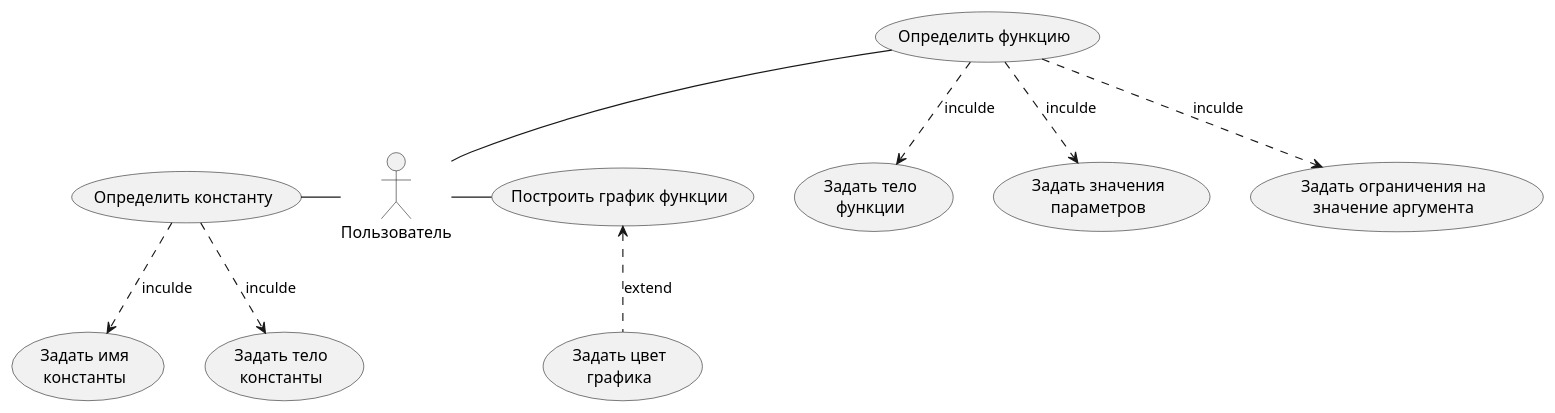
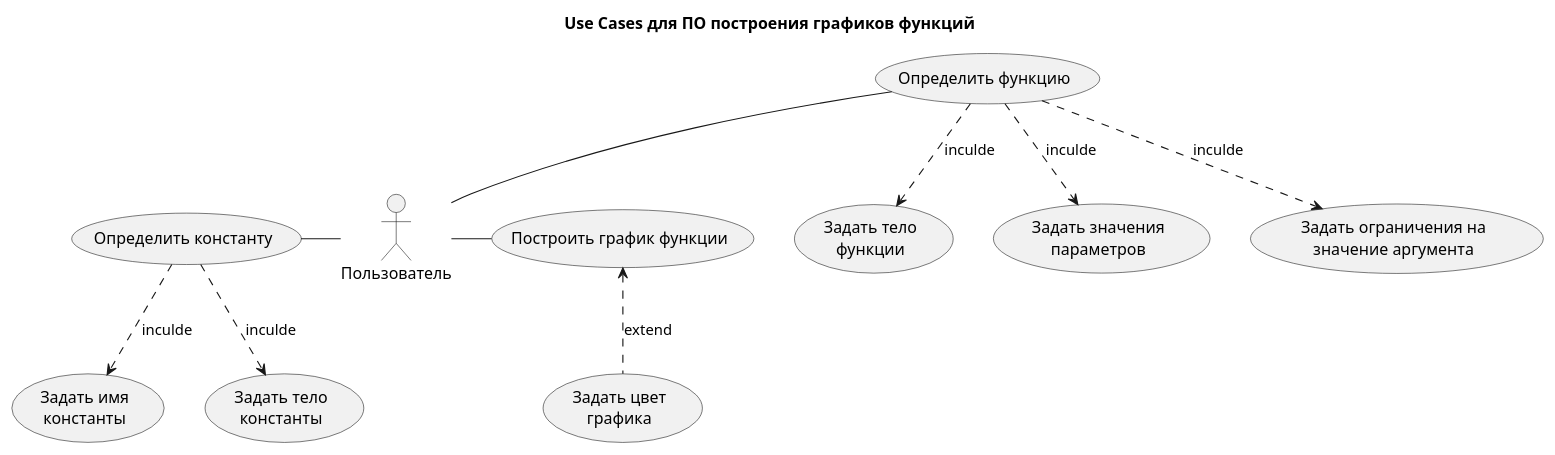
The diagram in MathSoftware_UseCases.puml (Ankeru/archive), drawn with PlantUML before and after one commit.

Commit message:
Update MathSoftware_UseCases.puml
добавил title

```diff
--- a/MathSoftware_UseCases.puml
+++ b/MathSoftware_UseCases.puml
@@ -1,15 +1,16 @@
 @startuml
+title "Use Cases для ПО построения графиков функций"
 actor Пользователь as user
 (Определить функцию) as def_func
 (Определить константу) as def_const
 (Построить график функции) as plot_func_graph
 user -up- def_func
 user -left- def_const
 user -right- plot_func_graph
 def_func ..> (Задать тело\nфункции) : inculde
 def_func ..> (Задать значения\nпараметров) : inculde
 def_func ..> (Задать ограничения на\nзначение аргумента) : inculde
 plot_func_graph <.. (Задать цвет\nграфика) : extend
 def_const ..> (Задать имя\nконстанты) : inculde
 def_const ..> (Задать тело\nконстанты) : inculde
 @enduml
```
